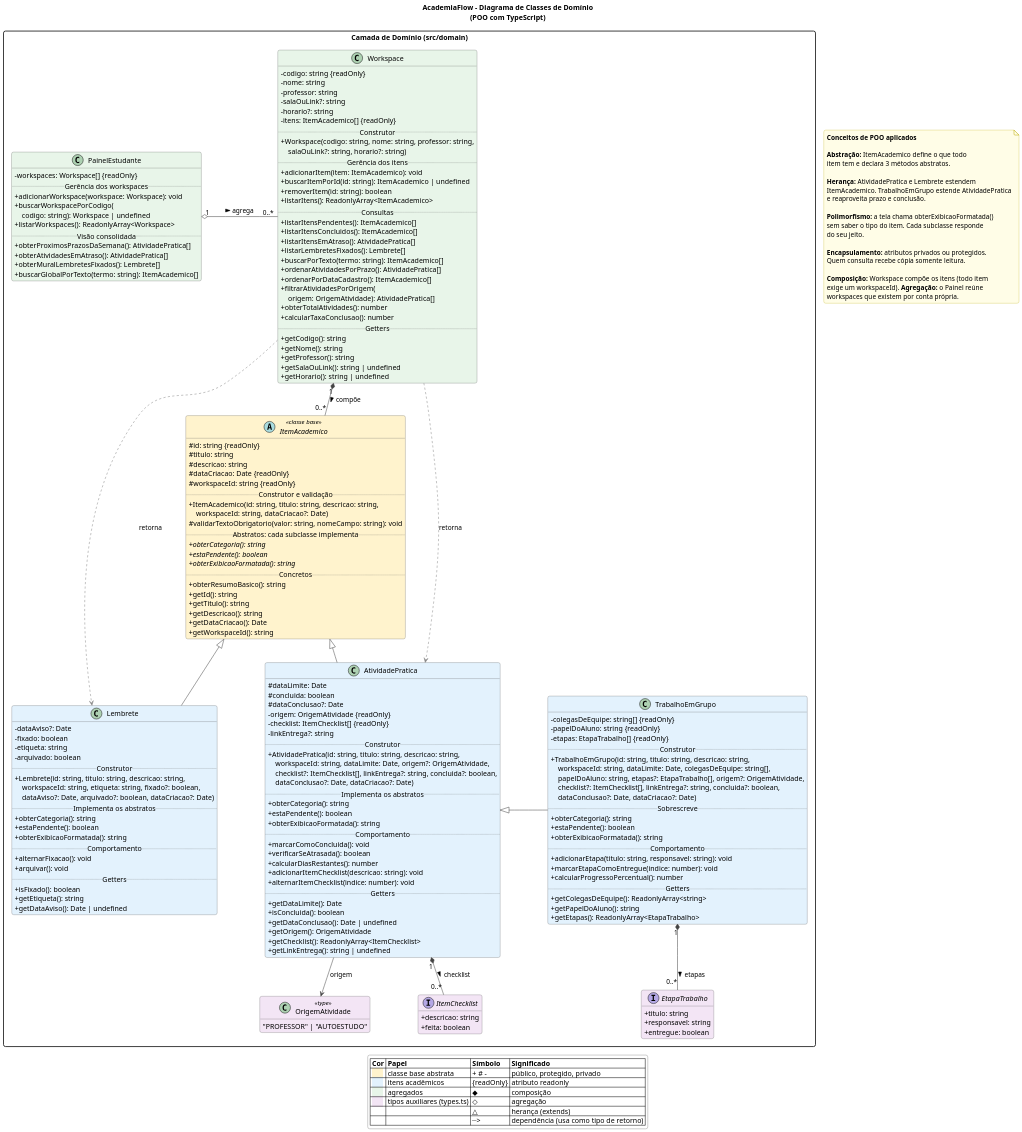
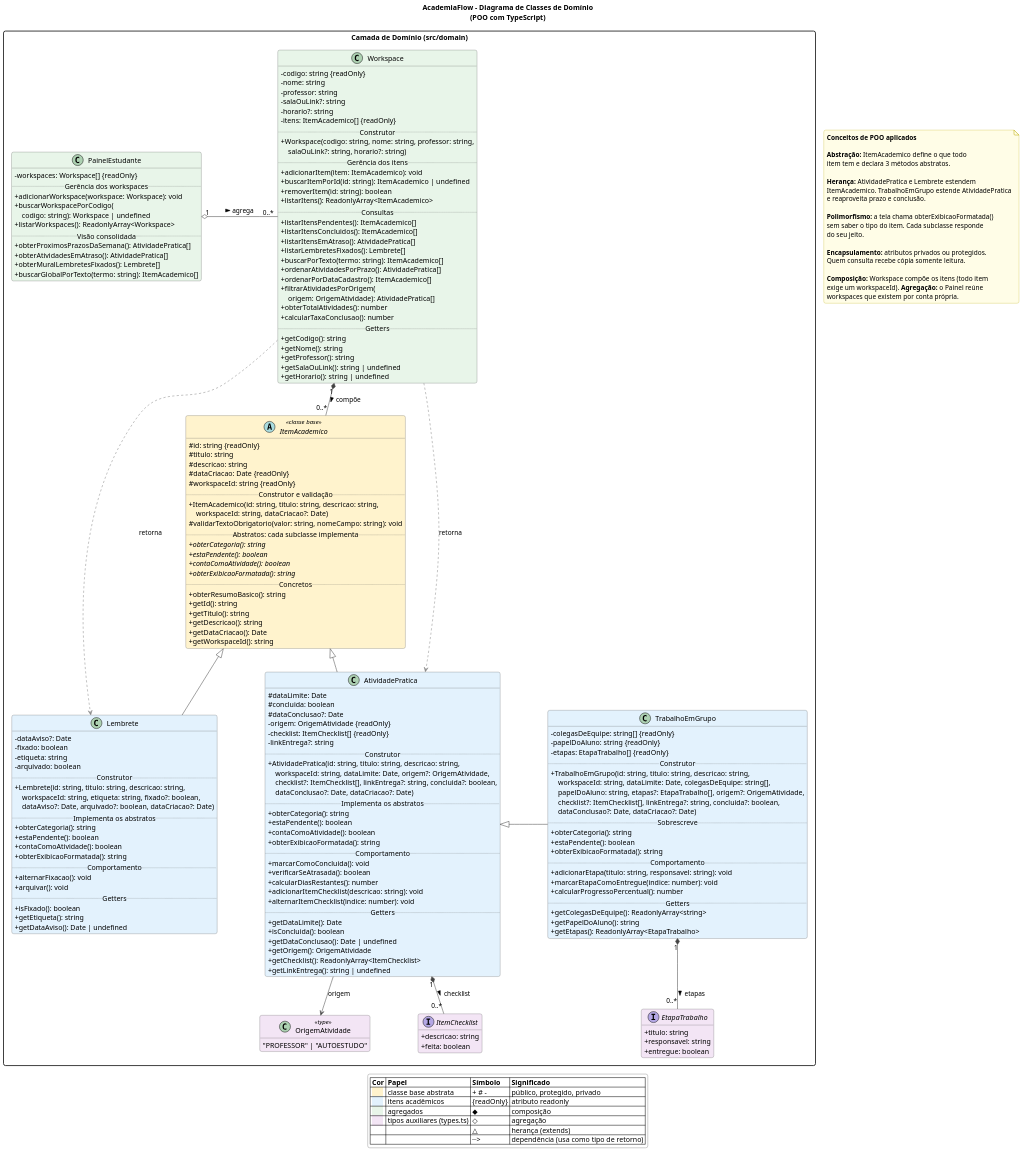
Before and after one commit to kellviny/FinalPoo: the diagram in docs/diagrama-classes.puml, drawn with PlantUML.

Commit message:
docs(uml): adiciona metodo contaComoAtividade no diagrama de classes

```diff
--- a/docs/diagrama-classes.puml
+++ b/docs/diagrama-classes.puml
@@ -84,6 +84,7 @@
   .. Abstratos: cada subclasse implementa ..
   + {abstract} obterCategoria(): string
   + {abstract} estaPendente(): boolean
+  + {abstract} contaComoAtividade(): boolean
   + {abstract} obterExibicaoFormatada(): string
   .. Concretos ..
   + obterResumoBasico(): string
@@ -106,6 +107,7 @@
   .. Implementa os abstratos ..
   + obterCategoria(): string
   + estaPendente(): boolean
+  + contaComoAtividade(): boolean
   + obterExibicaoFormatada(): string
   .. Comportamento ..
   + marcarComoConcluida(): void
@@ -154,6 +156,7 @@
   .. Implementa os abstratos ..
   + obterCategoria(): string
   + estaPendente(): boolean
+  + contaComoAtividade(): boolean
   + obterExibicaoFormatada(): string
   .. Comportamento ..
   + alternarFixacao(): void
```
